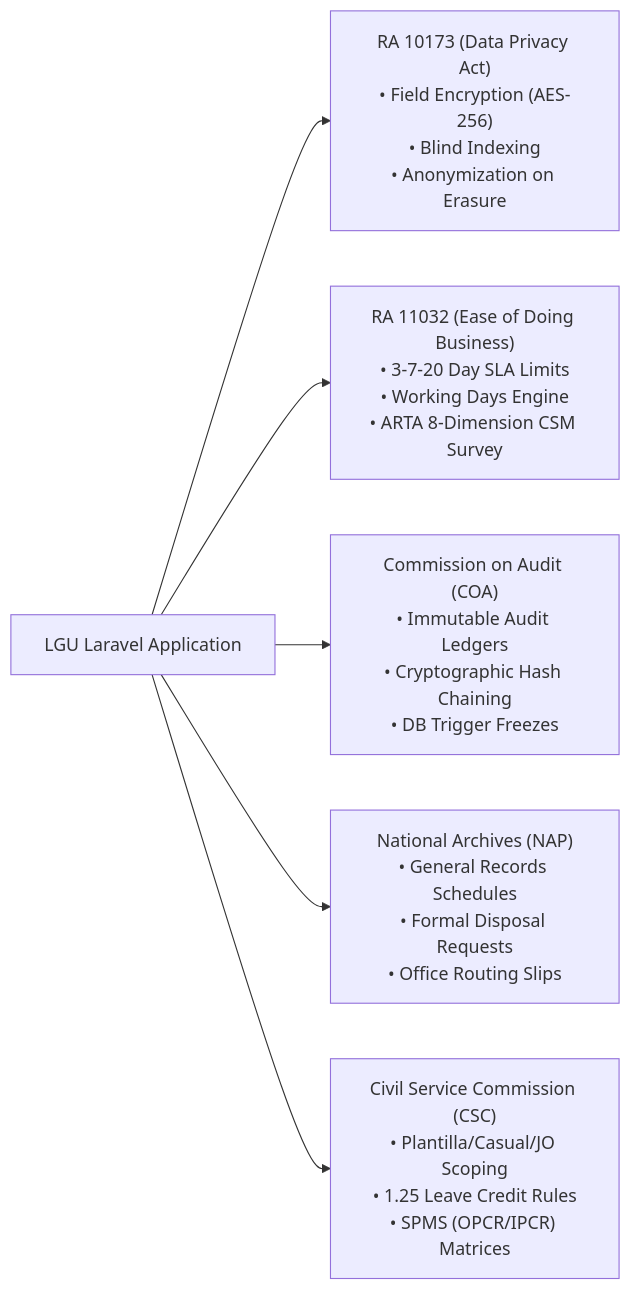
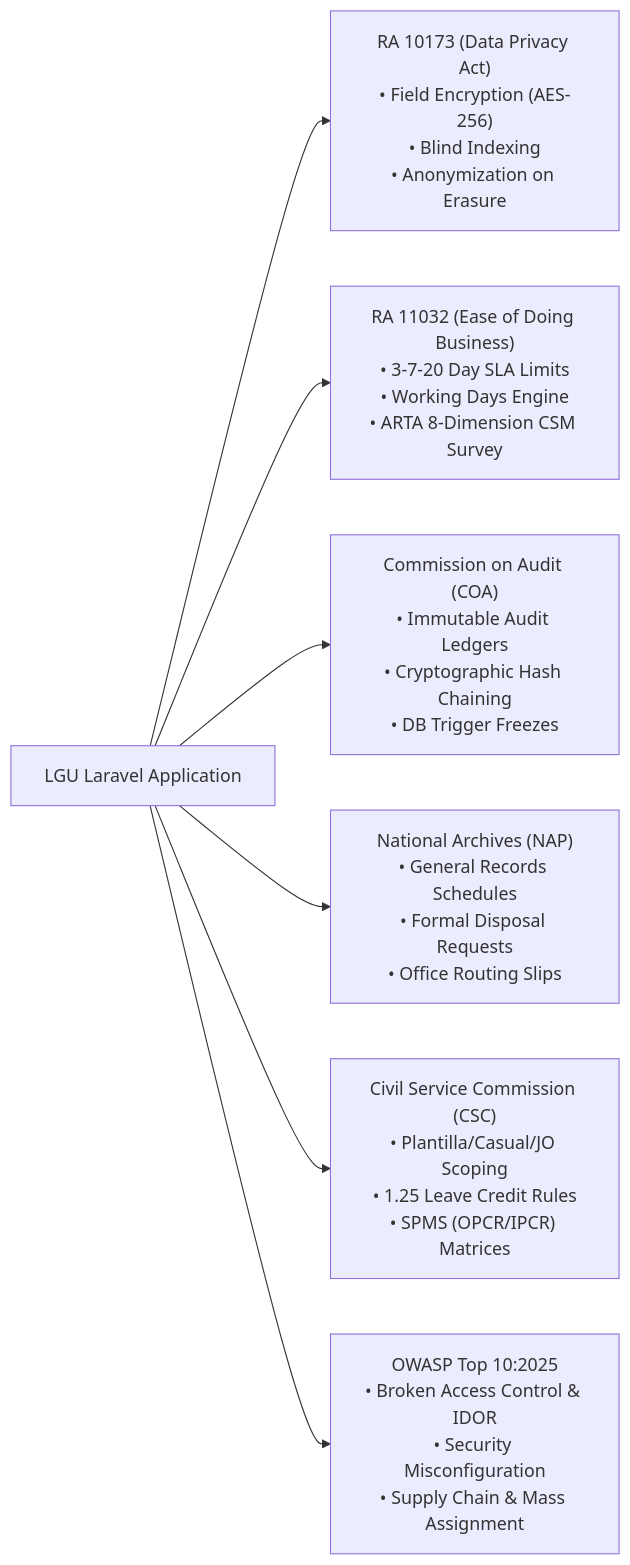
The diagram in README.md (LGU-Bayambang-ICT-Office/LGU-Laravel-Development-Standards), drawn with Mermaid before and after one commit. The commit also changed other lines of this file and 20 other files, not shown here.

First line of the commit message:
feat: incorporate OWASP Top 10 security framework and NPC statutory issuances assessment

````diff
--- a/README.md
+++ b/README.md
@@ -114,15 +114,17 @@
 ```mermaid
 graph LR
     LGU["LGU Laravel Application"]
     DPA["RA 10173 (Data Privacy Act)<br>• Field Encryption (AES-256)<br>• Blind Indexing<br>• Anonymization on Erasure"]
     ARTA["RA 11032 (Ease of Doing Business)<br>• 3-7-20 Day SLA Limits<br>• Working Days Engine<br>• ARTA 8-Dimension CSM Survey"]
     COA["Commission on Audit (COA)<br>• Immutable Audit Ledgers<br>• Cryptographic Hash Chaining<br>• DB Trigger Freezes"]
     NAP["National Archives (NAP)<br>• General Records Schedules<br>• Formal Disposal Requests<br>• Office Routing Slips"]
     CSC["Civil Service Commission (CSC)<br>• Plantilla/Casual/JO Scoping<br>• 1.25 Leave Credit Rules<br>• SPMS (OPCR/IPCR) Matrices"]
+    OWASP["OWASP Top 10:2025<br>• Broken Access Control & IDOR<br>• Security Misconfiguration<br>• Supply Chain & Mass Assignment"]
 
     LGU --> DPA
     LGU --> ARTA
     LGU --> COA
     LGU --> NAP
     LGU --> CSC
+    LGU --> OWASP
 ```
````
